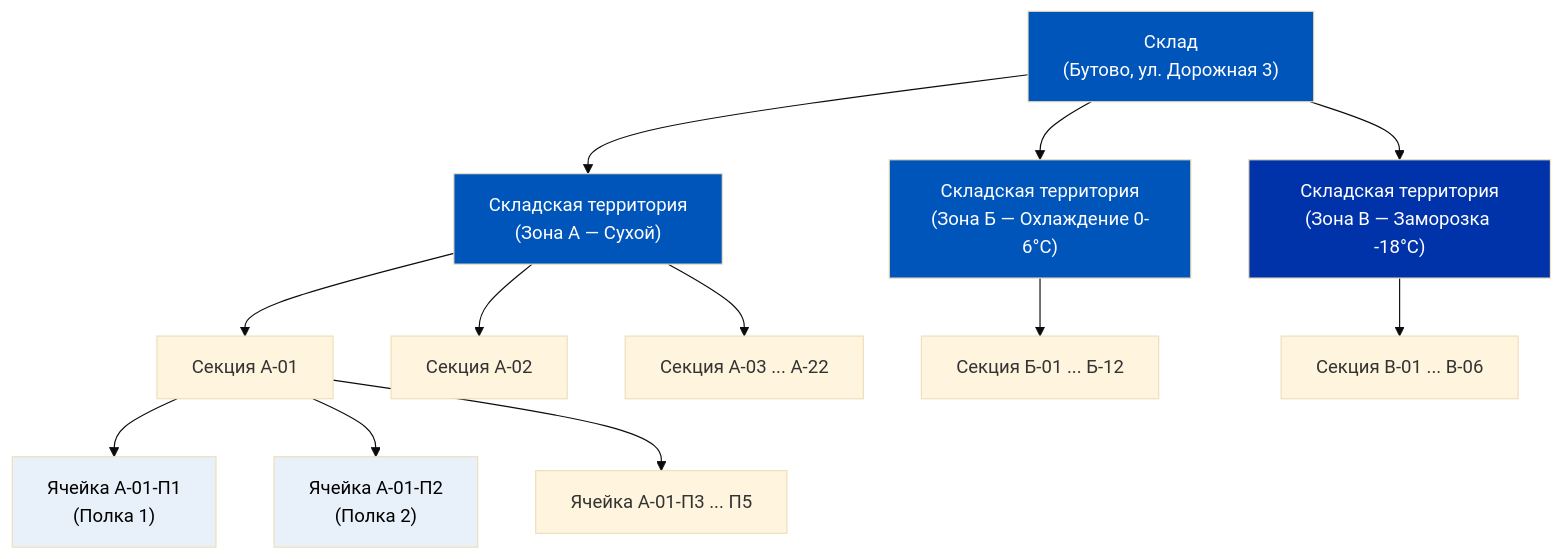
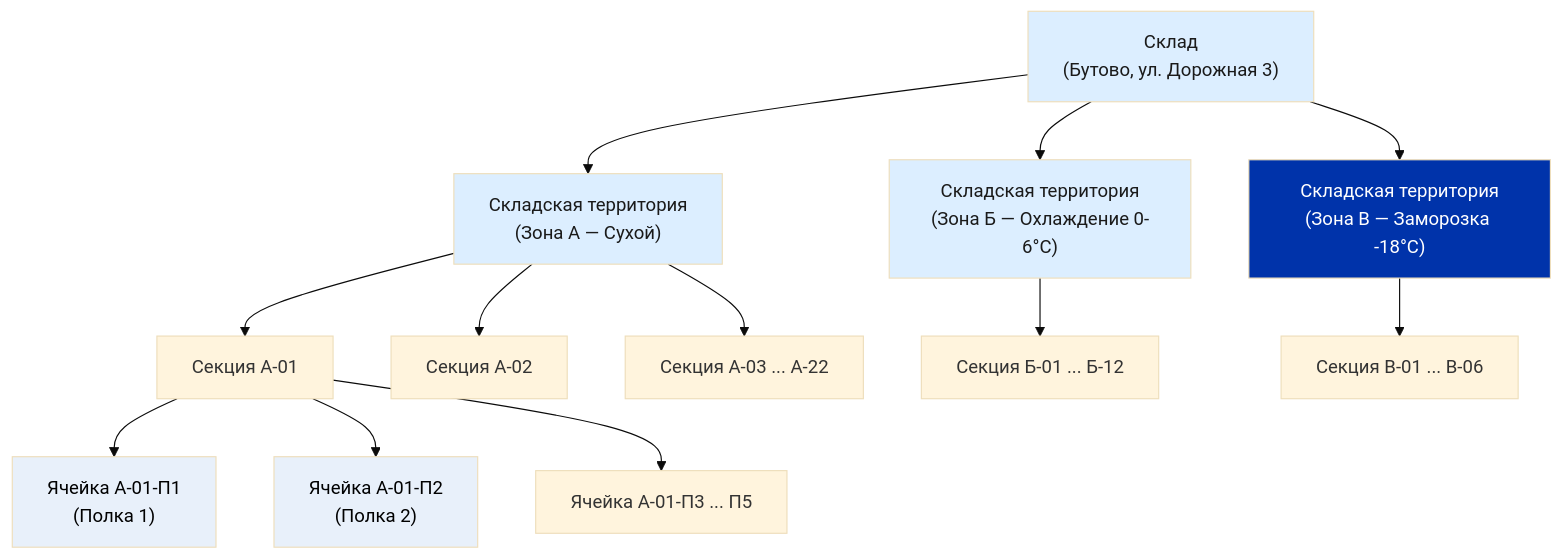
One commit to murad1986/1c-erp-quartz changed the second of 8 diagrams in content/1c-erp/week_4/Неделя 4 - День 7 - История Ozon Express.md. Above: the diagram before and after it, drawn with Mermaid (base theme). The commit also changed other lines of this file and 57 other files, not shown here.

First line of the commit message:
fix: Mermaid — пастельные цвета в источниках диаграмм (56 файлов)

````diff
--- a/content/1c-erp/week_4/Неделя 4 - День 7 - История Ozon Express.md
+++ b/content/1c-erp/week_4/Неделя 4 - День 7 - История Ozon Express.md
@@ -193,21 +193,21 @@
 ```mermaid
 graph TD
     A["Склад<br/>(Бутово, ул. Дорожная 3)"] --> B1["Складская территория<br/>(Зона А — Сухой)"]
     A --> B2["Складская территория<br/>(Зона Б — Охлаждение 0-6°C)"]
     A --> B3["Складская территория<br/>(Зона В — Заморозка -18°C)"]
     B1 --> C1["Секция А-01"]
     B1 --> C2["Секция А-02"]
     B1 --> C3["Секция А-03 ... А-22"]
     B2 --> C4["Секция Б-01 ... Б-12"]
     B3 --> C5["Секция В-01 ... В-06"]
     C1 --> D1["Ячейка А-01-П1<br/>(Полка 1)"]
     C1 --> D2["Ячейка А-01-П2<br/>(Полка 2)"]
     C1 --> D3["Ячейка А-01-П3 ... П5"]
 
-    style A fill:#0055BB,color:#fff
-    style B1 fill:#0055BB,color:#fff
-    style B2 fill:#0055BB,color:#fff
+    style A fill:#dceeff,color:#1a1a1a
+    style B1 fill:#dceeff,color:#1a1a1a
+    style B2 fill:#dceeff,color:#1a1a1a
     style B3 fill:#0033AA,color:#fff
     style D1 fill:#E8F0FA,color:#000
     style D2 fill:#E8F0FA,color:#000
 ```
````
